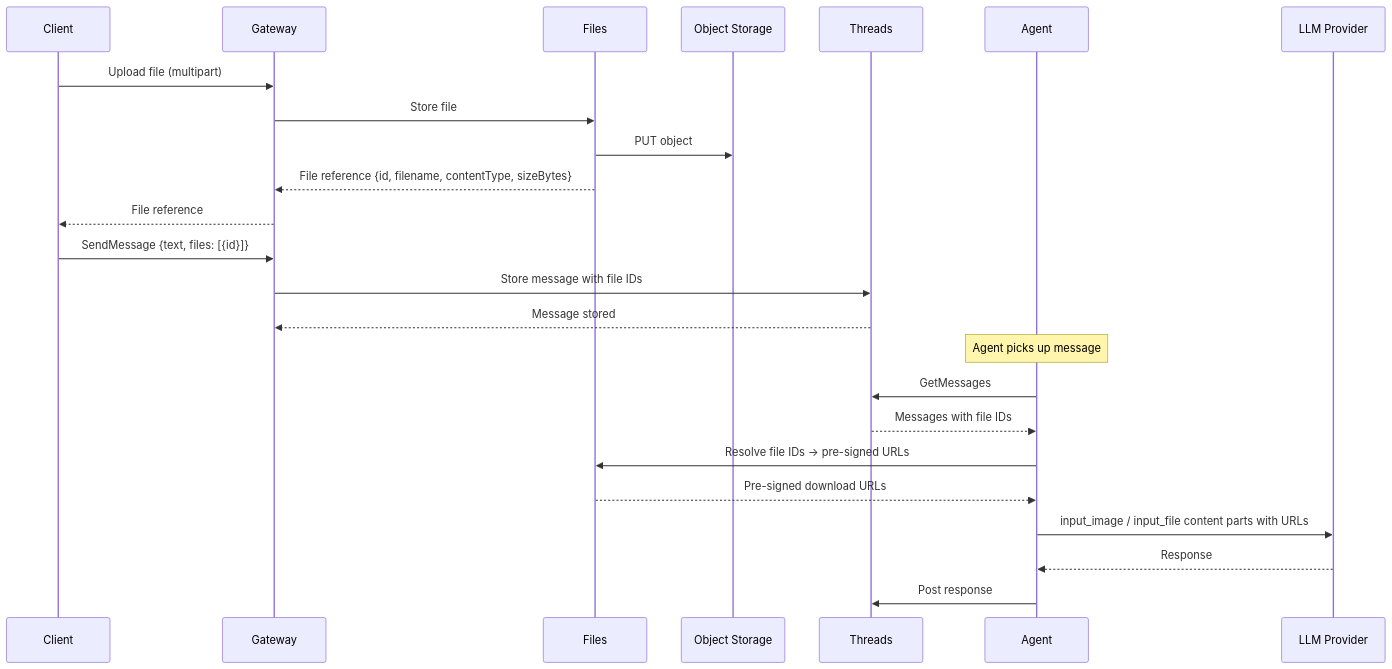
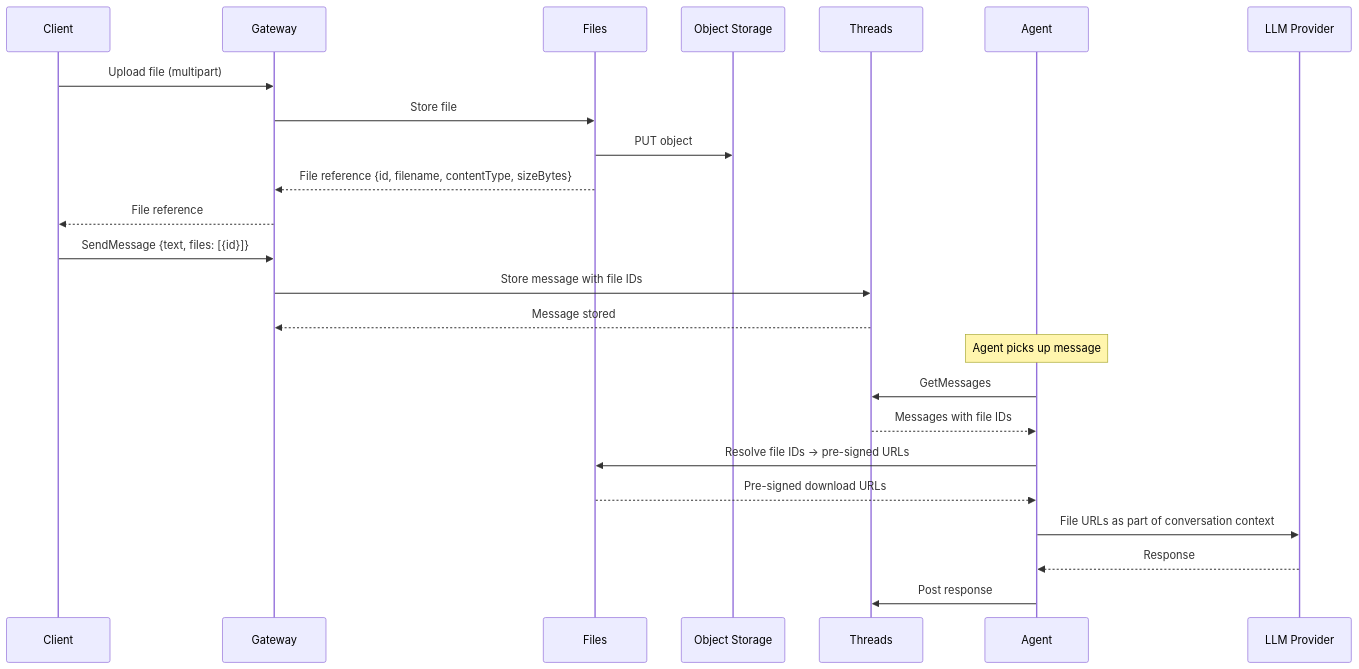
One commit to agynio/architecture changed the diagram in architecture/media.md. Above: the diagram before and after it, drawn with Mermaid. The commit also changed other lines of this file, not shown here.

````diff
--- a/architecture/media.md
+++ b/architecture/media.md
@@ -9,29 +9,29 @@
 ```mermaid
 sequenceDiagram
     participant C as Client
     participant GW as Gateway
     participant F as Files
     participant OS as Object Storage
     participant Th as Threads
     participant Ag as Agent
     participant LLM as LLM Provider
 
     C->>GW: Upload file (multipart)
     GW->>F: Store file
     F->>OS: PUT object
     F-->>GW: File reference {id, filename, contentType, sizeBytes}
     GW-->>C: File reference
 
     C->>GW: SendMessage {text, files: [{id}]}
     GW->>Th: Store message with file IDs
     Th-->>GW: Message stored
 
     Note over Ag: Agent picks up message
     Ag->>Th: GetMessages
     Th-->>Ag: Messages with file IDs
     Ag->>F: Resolve file IDs → pre-signed URLs
     F-->>Ag: Pre-signed download URLs
-    Ag->>LLM: input_image / input_file content parts with URLs
+    Ag->>LLM: File URLs as part of conversation context
     LLM-->>Ag: Response
     Ag->>Th: Post response
 ```
````
